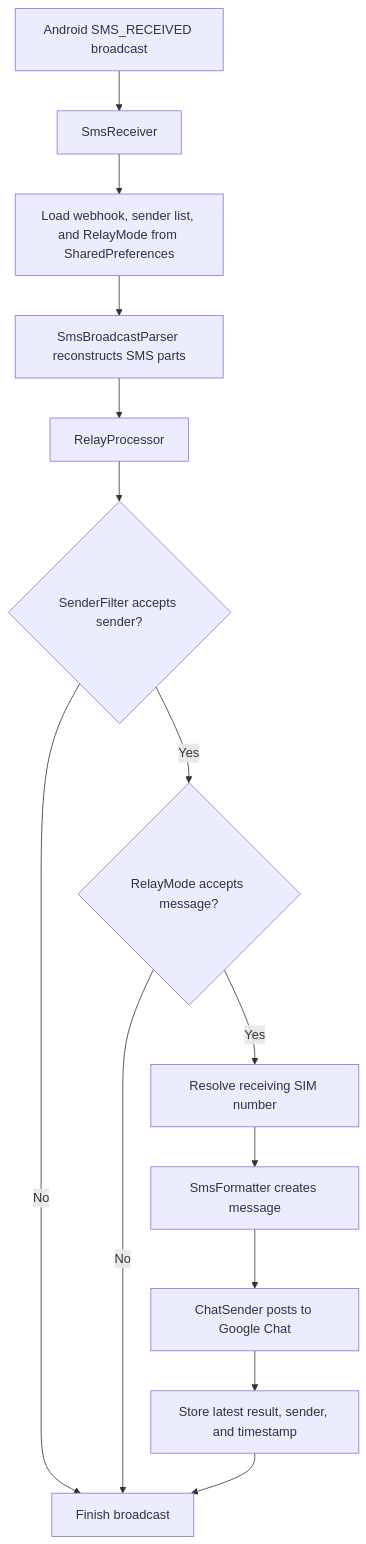
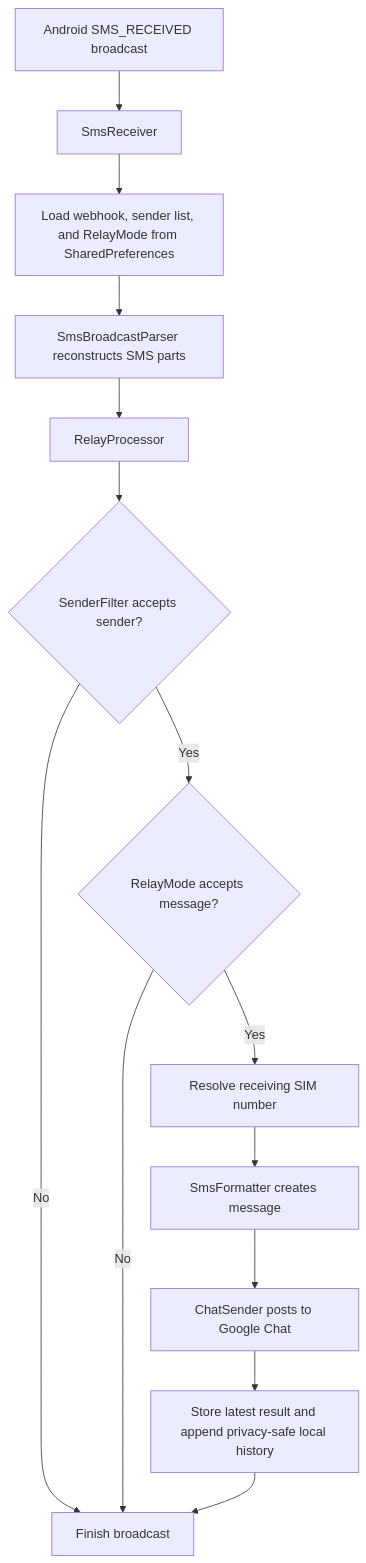
Before and after one commit to atiarmridul/TelcoOtpRelay: the diagram in docs/ARCHITECTURE.md, drawn with Mermaid. The commit also changed other lines of this file and 24 other files, not shown here.

Commit message:
feat: add local relay history and diagnostics

````diff
--- a/docs/ARCHITECTURE.md
+++ b/docs/ARCHITECTURE.md
@@ -9,16 +9,16 @@
 ```mermaid
 flowchart TD
     A[Android SMS_RECEIVED broadcast] --> B[SmsReceiver]
     B --> C[Load webhook, sender list, and RelayMode from SharedPreferences]
     C --> D[SmsBroadcastParser reconstructs SMS parts]
     D --> P[RelayProcessor]
     P --> S{SenderFilter accepts sender?}
     S -- No --> F
     S -- Yes --> E{RelayMode accepts message?}
     E -- No --> F[Finish broadcast]
     E -- Yes --> G[Resolve receiving SIM number]
     G --> H[SmsFormatter creates message]
     H --> I[ChatSender posts to Google Chat]
-    I --> J[Store latest result, sender, and timestamp]
+    I --> J[Store latest result and append privacy-safe local history]
     J --> F
 ```
````
